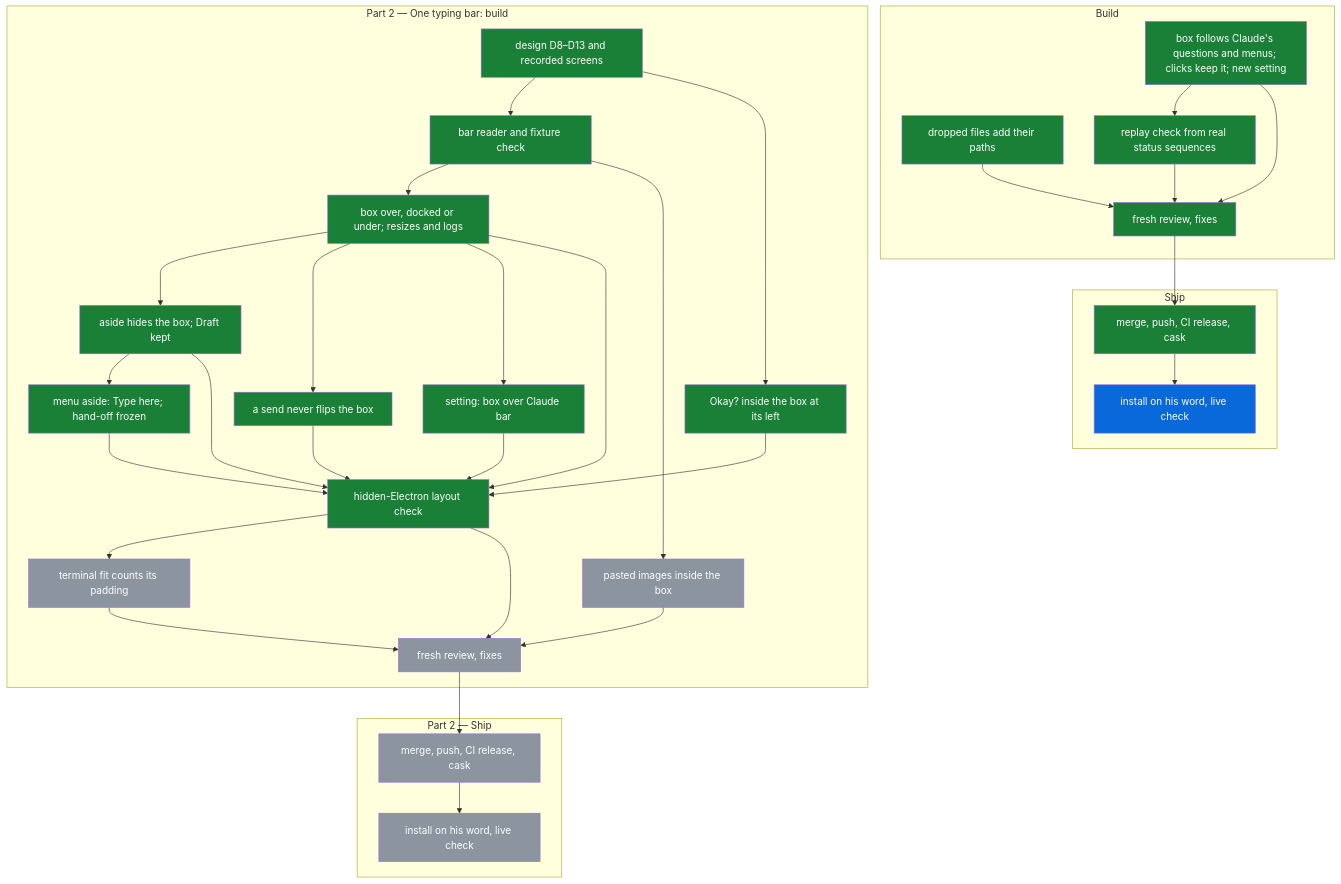
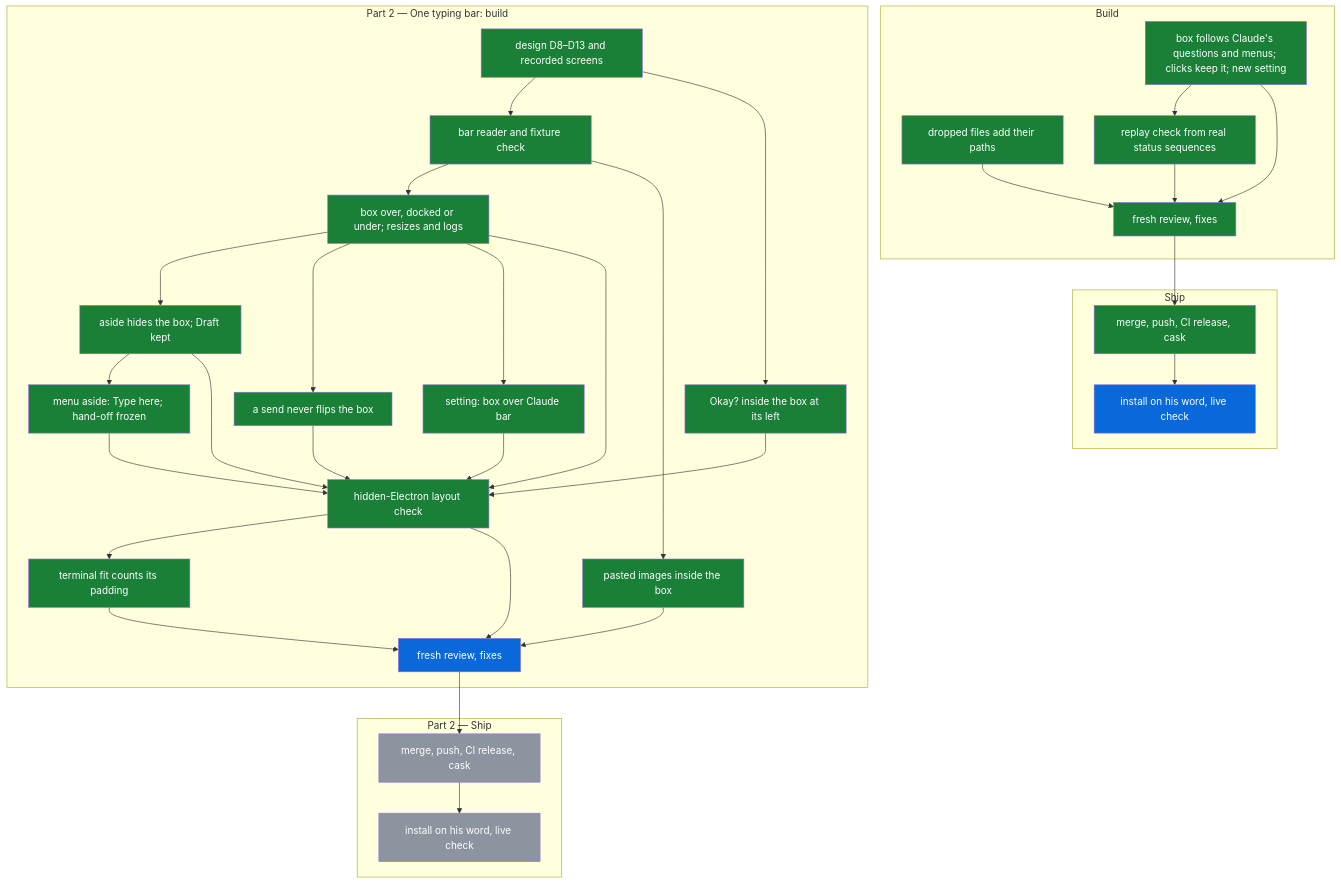
One commit to michaeljryoung/patton changed the diagram in docs/compose-box.md. Above: the diagram before and after it, drawn with Mermaid. The commit also changed other lines of this file, not shown here.

Commit message:
Compose box map: fit padding and images in the box done, review under way (S58)

````diff
--- a/docs/compose-box.md
+++ b/docs/compose-box.md
@@ -11,63 +11,63 @@
 ```mermaid
 flowchart TD
   subgraph B["Build"]
     box_core[box follows Claude's questions and menus; clicks keep it; new setting]:::done
     box_drop[dropped files add their paths]:::done
     box_replay[replay check from real status sequences]:::done
     box_review[fresh review, fixes]:::done
   end
   subgraph S["Ship"]
     box_release[merge, push, CI release, cask]:::done
     box_ship[install on his word, live check]:::live
   end
   subgraph O["Part 2 — One typing bar: build"]
     bar_design[design D8–D13 and recorded screens]:::done
     bar_reader[bar reader and fixture check]:::done
     bar_placement[box over, docked or under; resizes and logs]:::done
     send_no_flip[a send never flips the box]:::done
     bar_aside[aside hides the box; Draft kept]:::done
     aside_fixes[menu aside: Type here; hand-off frozen]:::done
     okay_in_box[Okay? inside the box at its left]:::done
     over_setting[setting: box over Claude bar]:::done
     bar_layout_check[hidden-Electron layout check]:::done
-    fit_padding[terminal fit counts its padding]:::todo
-    images_in_box[pasted images inside the box]:::todo
-    bar_review[fresh review, fixes]:::todo
+    fit_padding[terminal fit counts its padding]:::done
+    images_in_box[pasted images inside the box]:::done
+    bar_review[fresh review, fixes]:::live
   end
   subgraph OS["Part 2 — Ship"]
     bar_release[merge, push, CI release, cask]:::todo
     bar_ship[install on his word, live check]:::todo
   end
   box_core --> box_replay
   box_core --> box_review
   box_drop --> box_review
   box_replay --> box_review
   box_review --> box_release
   box_release --> box_ship
   bar_design --> bar_reader
   bar_reader --> bar_placement
   bar_placement --> bar_aside
   bar_aside --> aside_fixes
   aside_fixes --> bar_layout_check
   bar_placement --> send_no_flip
   send_no_flip --> bar_layout_check
   bar_design --> okay_in_box
   bar_placement --> over_setting
   bar_placement --> bar_layout_check
   bar_aside --> bar_layout_check
   okay_in_box --> bar_layout_check
   over_setting --> bar_layout_check
   bar_layout_check --> fit_padding
   fit_padding --> bar_review
   bar_layout_check --> bar_review
   bar_reader --> images_in_box
   images_in_box --> bar_review
   bar_review --> bar_release
   bar_release --> bar_ship
   classDef done fill:#1a7f37,color:#fff
   classDef live fill:#0969da,color:#fff
   classDef todo fill:#8c959f,color:#fff
   classDef blocked fill:#cf222e,color:#fff
   classDef dropped fill:#eaeef2,color:#57606a
   classDef superseded fill:#eaeef2,color:#57606a
 ```
````
